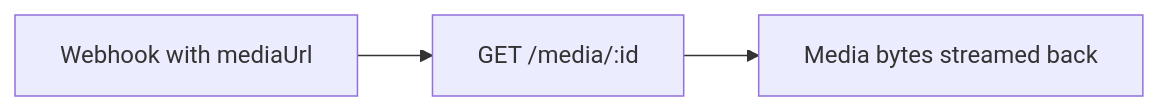
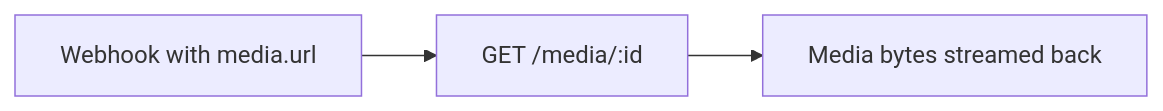
One commit to roman-sh/teiwah-docs changed the diagram in src/content/docs/guides/media.md. Above: the diagram before and after it, drawn with Mermaid. The commit also changed other lines of this file and 8 other files, not shown here.

````diff
--- a/src/content/docs/guides/media.md
+++ b/src/content/docs/guides/media.md
@@ -33,5 +40,5 @@
 ```mermaid
 flowchart LR
-  H[Webhook with mediaUrl] --> C[GET /media/:id]
+  H[Webhook with media.url] --> C[GET /media/:id]
   C --> R[Media bytes streamed back]
 ```
````
